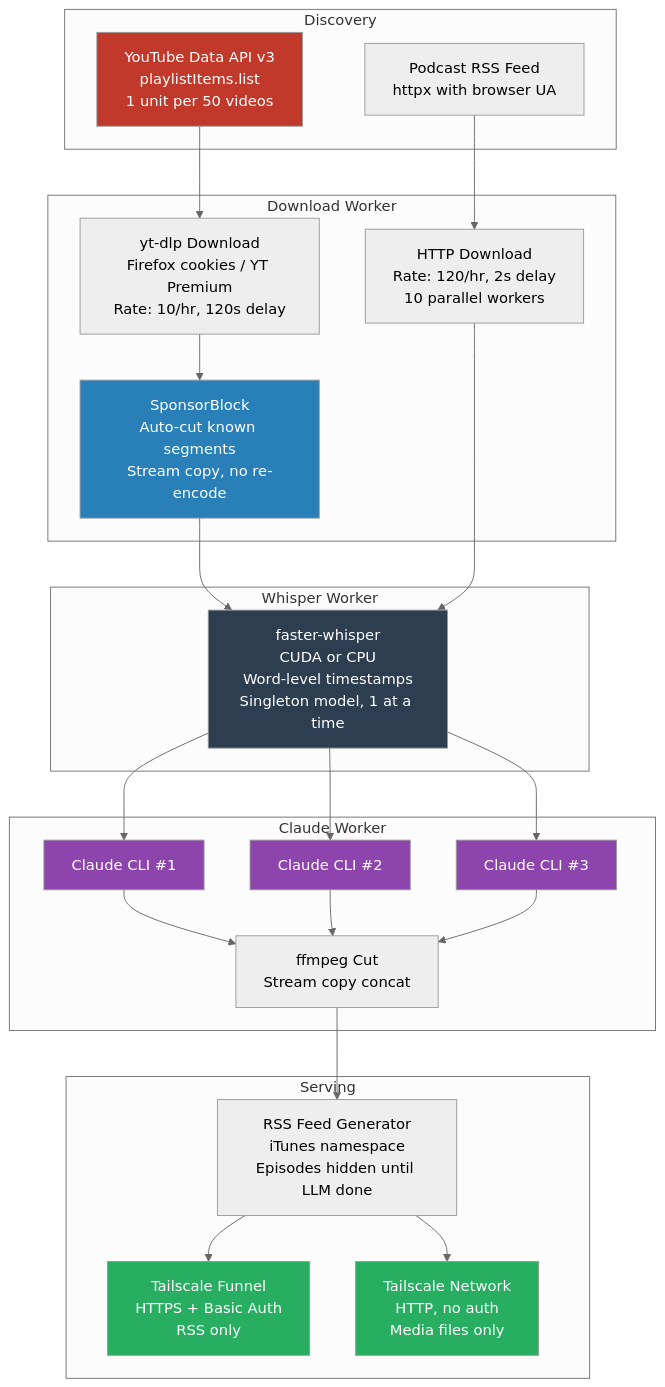
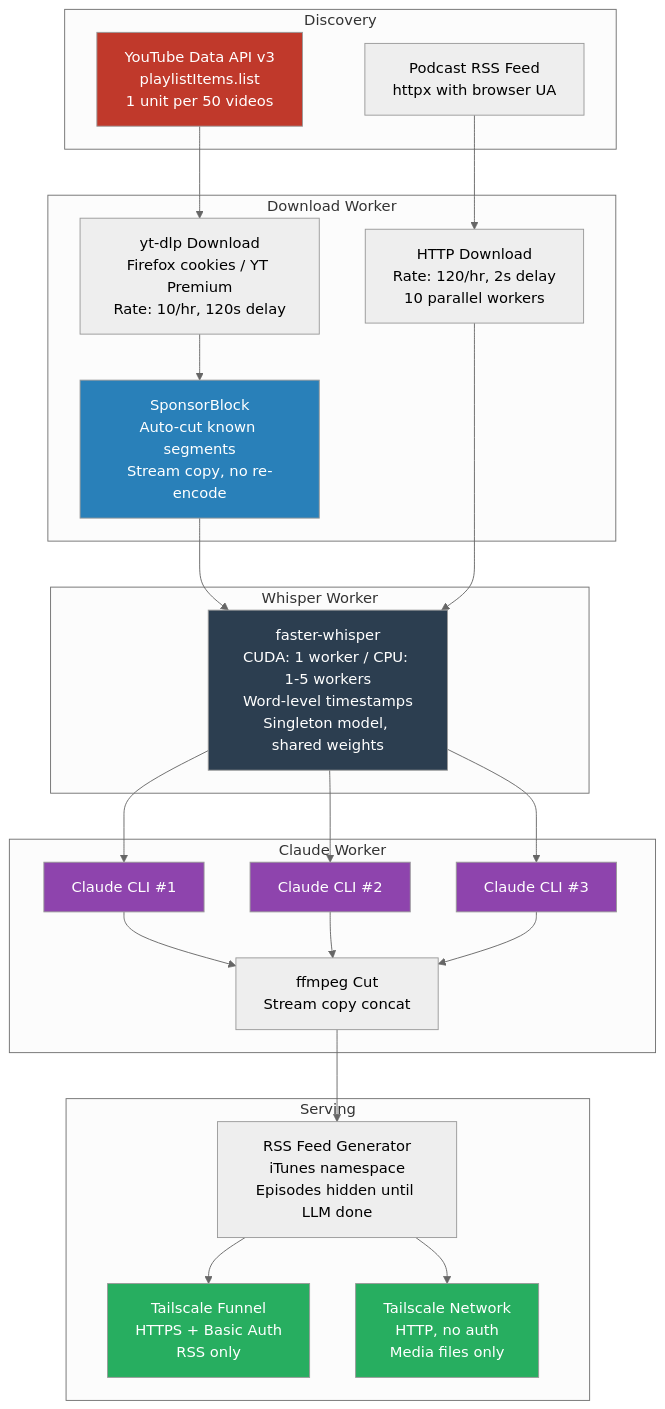
One commit to cwilliams5/Siphon changed the diagram in README.md. Above: the diagram before and after it, drawn with Mermaid (neutral theme). The commit also changed other lines of this file, not shown here.

Commit message:
Fix README: Whisper supports 1-5 workers on CPU, 1 on CUDA

````diff
--- a/README.md
+++ b/README.md
@@ -23,54 +23,54 @@
 ```mermaid
 flowchart TB
     subgraph Discovery
         YT_API[YouTube Data API v3<br/>playlistItems.list<br/>1 unit per 50 videos]
         POD_RSS[Podcast RSS Feed<br/>httpx with browser UA]
     end
 
     subgraph Download Worker
         YT_DL[yt-dlp Download<br/>Firefox cookies / YT Premium<br/>Rate: 10/hr, 120s delay]
         SB[SponsorBlock<br/>Auto-cut known segments<br/>Stream copy, no re-encode]
         POD_DL[HTTP Download<br/>Rate: 120/hr, 2s delay<br/>10 parallel workers]
         YT_DL --> SB
     end
 
     subgraph Whisper Worker
-        WHISPER[faster-whisper<br/>CUDA or CPU<br/>Word-level timestamps<br/>Singleton model, 1 at a time]
+        WHISPER[faster-whisper<br/>CUDA: 1 worker / CPU: 1-5 workers<br/>Word-level timestamps<br/>Singleton model, shared weights]
     end
 
     subgraph Claude Worker
         CLAUDE1[Claude CLI #1]
         CLAUDE2[Claude CLI #2]
         CLAUDE3[Claude CLI #3]
         FFMPEG[ffmpeg Cut<br/>Stream copy concat]
         CLAUDE1 --> FFMPEG
         CLAUDE2 --> FFMPEG
         CLAUDE3 --> FFMPEG
     end
 
     subgraph Serving
         RSS_GEN[RSS Feed Generator<br/>iTunes namespace<br/>Episodes hidden until LLM done]
         FUNNEL[Tailscale Funnel<br/>HTTPS + Basic Auth<br/>RSS only]
         TAILNET[Tailscale Network<br/>HTTP, no auth<br/>Media files only]
         RSS_GEN --> FUNNEL
         RSS_GEN --> TAILNET
     end
 
     YT_API --> YT_DL
     POD_RSS --> POD_DL
     SB --> WHISPER
     POD_DL --> WHISPER
     WHISPER --> CLAUDE1
     WHISPER --> CLAUDE2
     WHISPER --> CLAUDE3
     FFMPEG --> RSS_GEN
 
     style YT_API fill:#c0392b,color:#fff
     style WHISPER fill:#2c3e50,color:#fff
     style CLAUDE1 fill:#8e44ad,color:#fff
     style CLAUDE2 fill:#8e44ad,color:#fff
     style CLAUDE3 fill:#8e44ad,color:#fff
     style SB fill:#2980b9,color:#fff
     style FUNNEL fill:#27ae60,color:#fff
     style TAILNET fill:#27ae60,color:#fff
 ```
````
